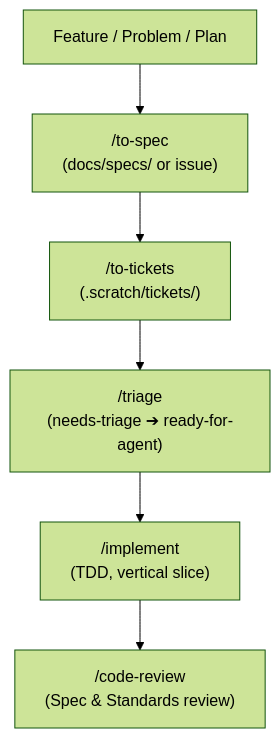
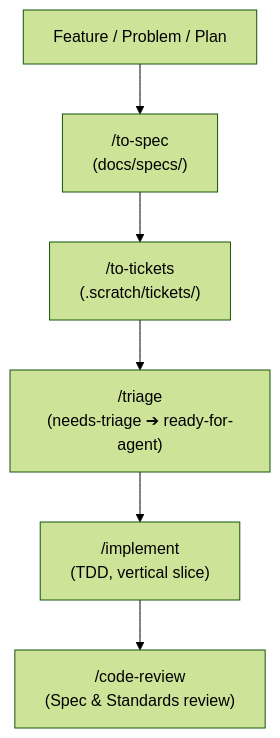
Before and after one commit to Al-mizan/Prostuti: the diagram in docs/agents/README.md, drawn with Mermaid (forest theme). The commit also changed other lines of this file and 60 other files, not shown here.

````diff
--- a/docs/agents/README.md
+++ b/docs/agents/README.md
@@ -15,8 +16,8 @@
 ```mermaid
 flowchart TD
-    Idea[Feature / Problem / Plan] --> Spec["/to-spec<br/>(docs/specs/ or issue)"]
+    Idea[Feature / Problem / Plan] --> Spec["/to-spec<br/>(docs/specs/)"]
     Spec --> Tickets["/to-tickets<br/>(.scratch/tickets/)"]
     Tickets --> Triage["/triage<br/>(needs-triage ➔ ready-for-agent)"]
     Triage --> Implement["/implement<br/>(TDD, vertical slice)"]
     Implement --> Review["/code-review<br/>(Spec & Standards review)"]
 ```
````
